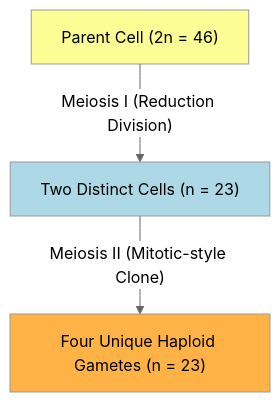
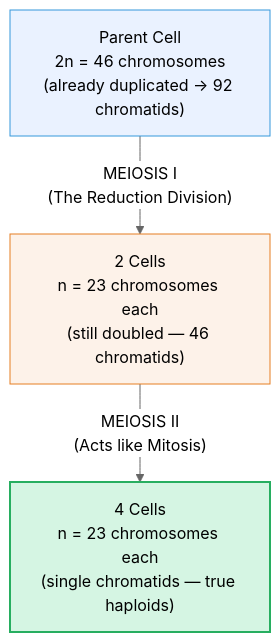
The second of 3 diagrams in Chapter_02_Tutorial/2.8_Meiosis.md (naveengarla/icse-10th-biology), drawn with Mermaid (neutral theme) before and after one commit. The commit also changed other lines of this file and 8 other files, not shown here.

````diff
--- a/Chapter_02_Tutorial/2.8_Meiosis.md
+++ b/Chapter_02_Tutorial/2.8_Meiosis.md
@@ -24,9 +55,12 @@
 ```mermaid
 graph TD
-    A["Parent Cell (2n = 46)"] -->|"Meiosis I (Reduction Division)"| B["Two Distinct Cells (n = 23)"]
-    B -->|"Meiosis II (Mitotic-style Clone)"| C["Four Unique Haploid Gametes (n = 23)"]
-    
-    style A fill:#fdfd96
-    style B fill:#add8e6
-    style C fill:#ffb347
+    START["Parent Cell\n2n = 46 chromosomes\n(already duplicated → 92 chromatids)"]
+
+    START -->|"MEIOSIS I\n(The Reduction Division)"| MID["2 Cells\nn = 23 chromosomes each\n(still doubled — 46 chromatids)"]
+
+    MID -->|"MEIOSIS II\n(Acts like Mitosis)"| END["4 Cells\nn = 23 chromosomes each\n(single chromatids — true haploids)"]
+
+    style START fill:#eaf2ff,stroke:#3498db
+    style MID fill:#fdf2e9,stroke:#e67e22
+    style END fill:#d5f5e3,stroke:#27ae60,stroke-width:2px
 ```
````
